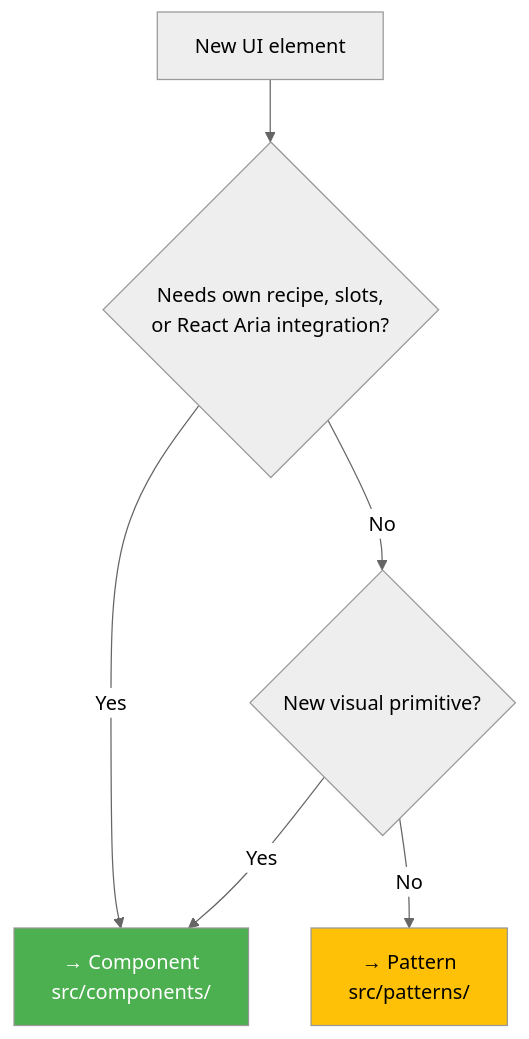
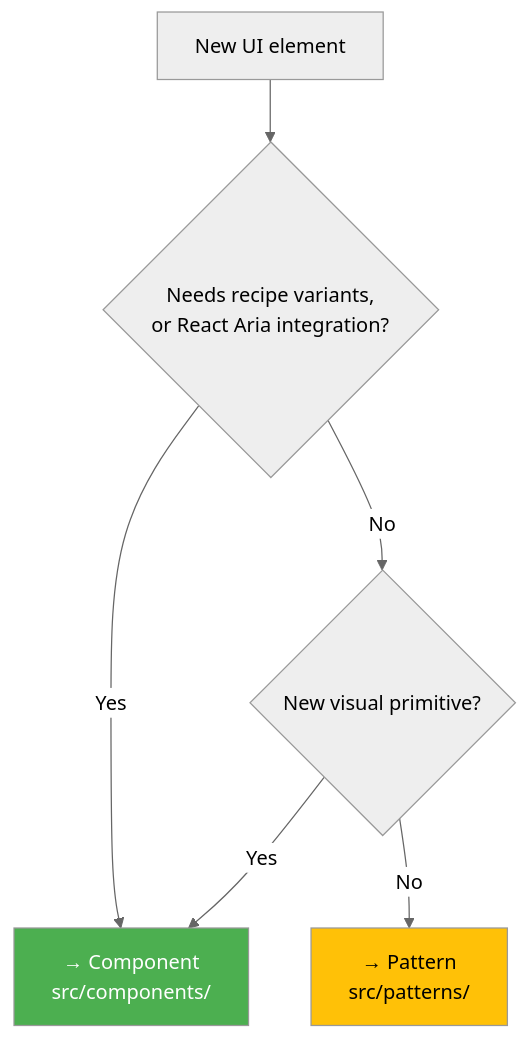
One commit to commercetools/nimbus changed the diagram in docs/file-type-guidelines/component-vs-pattern.md. Above: the diagram before and after it, drawn with Mermaid (neutral theme). The commit also changed other lines of this file, not shown here.

First line of the commit message:
docs(patterns): codify layout-only slot-recipe pattern exception

````diff
--- a/docs/file-type-guidelines/component-vs-pattern.md
+++ b/docs/file-type-guidelines/component-vs-pattern.md
@@ -65,11 +76,11 @@
 ```mermaid
 graph TD
-    Start[New UI element] --> Q1{Needs own recipe, slots,<br/>or React Aria integration?}
+    Start[New UI element] --> Q1{Needs recipe variants,<br/>or React Aria integration?}
     Q1 -->|Yes| Component[→ Component<br/>src/components/]
     Q1 -->|No| Q2{New visual primitive?}
     Q2 -->|Yes| Component
     Q2 -->|No| Pattern[→ Pattern<br/>src/patterns/]
 
     style Component fill:#4CAF50,color:#fff
     style Pattern fill:#FFC107,color:#000
 ```
````
